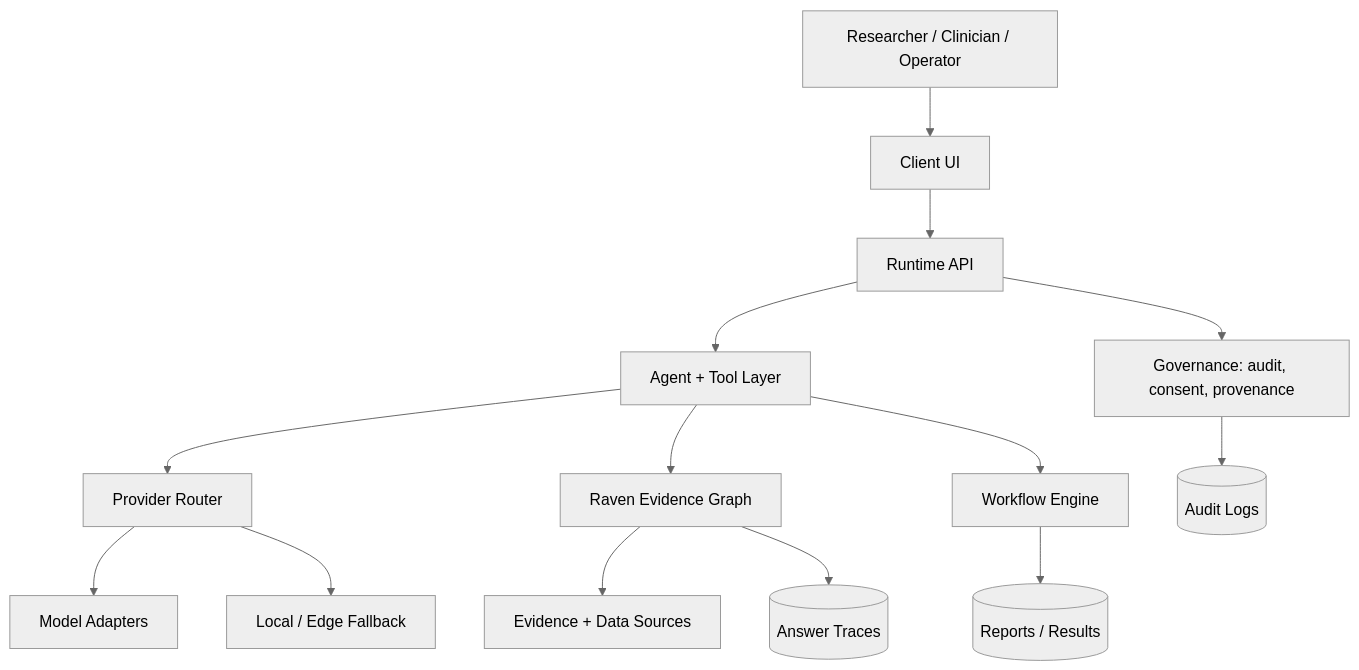
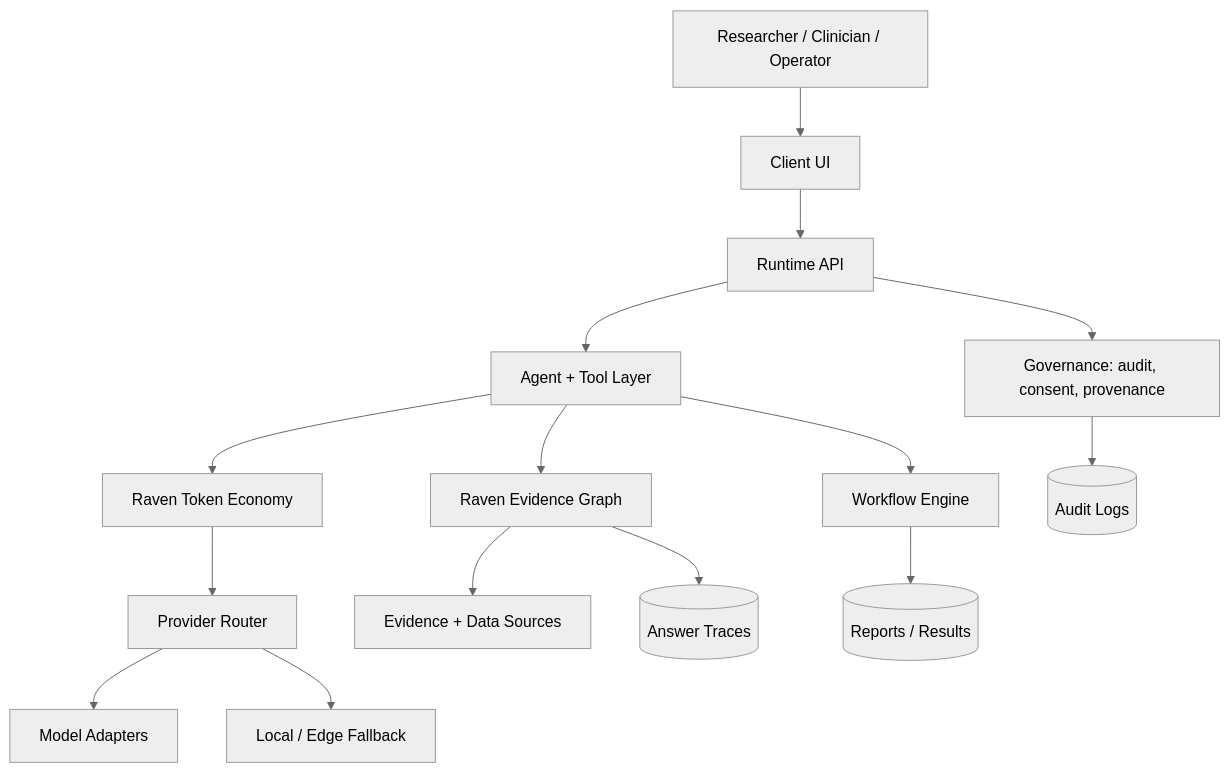
Before and after one commit to simpliibarrii-crypto/raven-ai: the diagram in docs/ARCHITECTURE.md, drawn with Mermaid (neutral theme). The commit also changed other lines of this file, not shown here.

Commit message:
Add token economy to architecture

````diff
--- a/docs/ARCHITECTURE.md
+++ b/docs/ARCHITECTURE.md
@@ -24,16 +24,17 @@
 ```mermaid
 flowchart TB
   User[Researcher / Clinician / Operator] --> UI[Client UI]
   UI --> API[Runtime API]
   API --> Agents[Agent + Tool Layer]
-  Agents --> Router[Provider Router]
+  Agents --> Economy[Raven Token Economy]
+  Economy --> Router[Provider Router]
   Router --> Models[Model Adapters]
   Router --> Local[Local / Edge Fallback]
   Agents --> Graph[Raven Evidence Graph]
   Agents --> Workflows[Workflow Engine]
   Graph --> Sources[Evidence + Data Sources]
   Graph --> Traces[(Answer Traces)]
   API --> Governance[Governance: audit, consent, provenance]
   Governance --> Logs[(Audit Logs)]
   Workflows --> Artifacts[(Reports / Results)]
 ```
````
